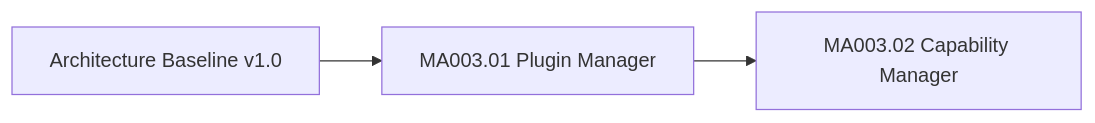
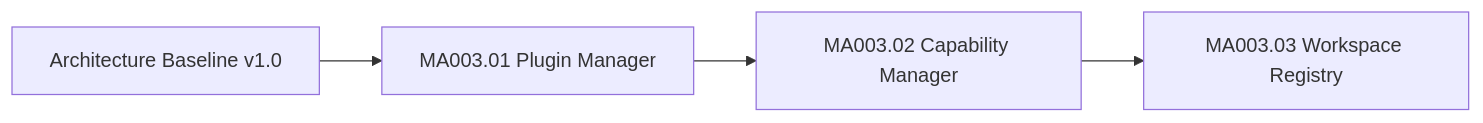
The diagram in Docs/Development/MA003_Progress.md (rk-engineeringAToutlook-de/RKWorkspace), drawn with Mermaid before and after one commit. The commit also changed other lines of this file and 19 other files, not shown here.

Commit message:
feat(core): add workspace registry

````diff
--- a/Docs/Development/MA003_Progress.md
+++ b/Docs/Development/MA003_Progress.md
@@ -14,5 +14,6 @@
 ```mermaid
 flowchart LR
     Baseline["Architecture Baseline v1.0"] --> MA00301["MA003.01 Plugin Manager"]
     MA00301 --> MA00302["MA003.02 Capability Manager"]
+    MA00302 --> MA00303["MA003.03 Workspace Registry"]
 ```
````
